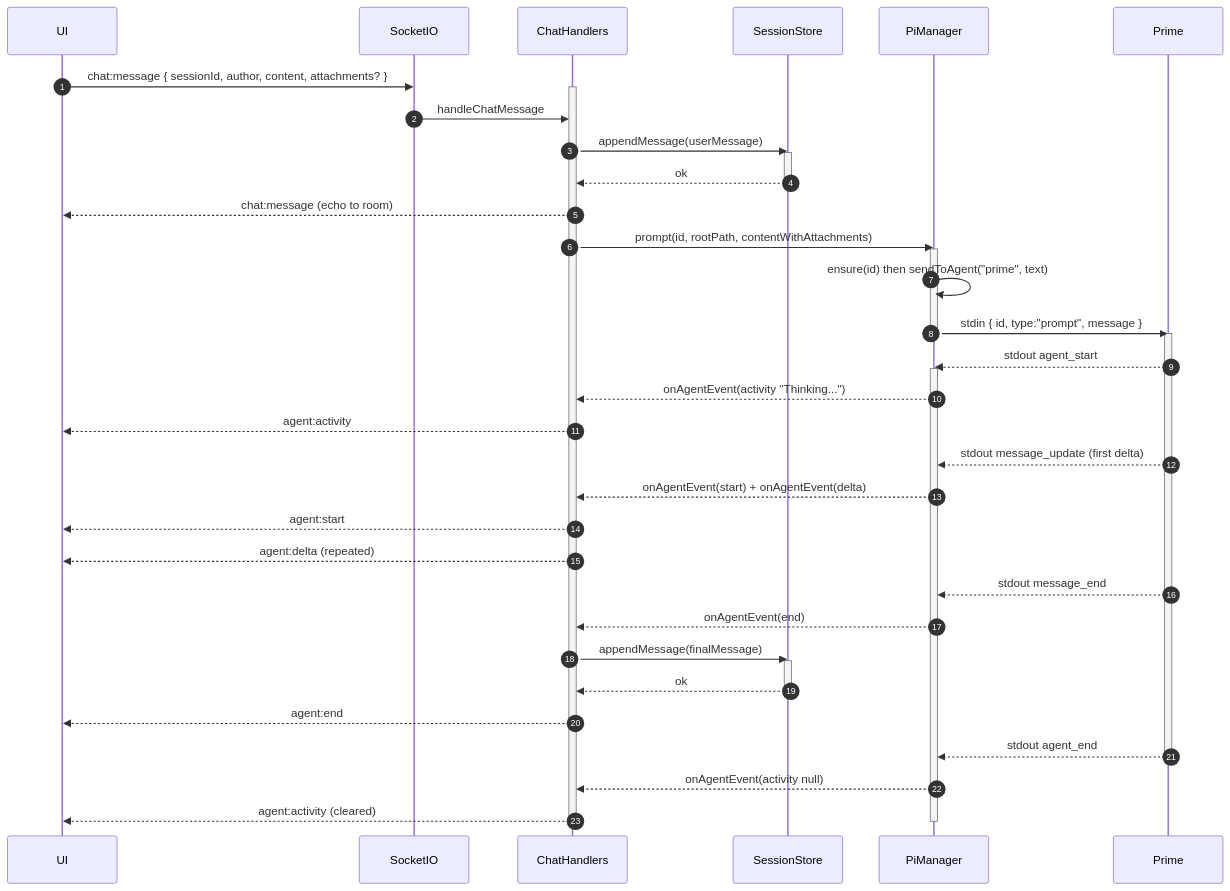
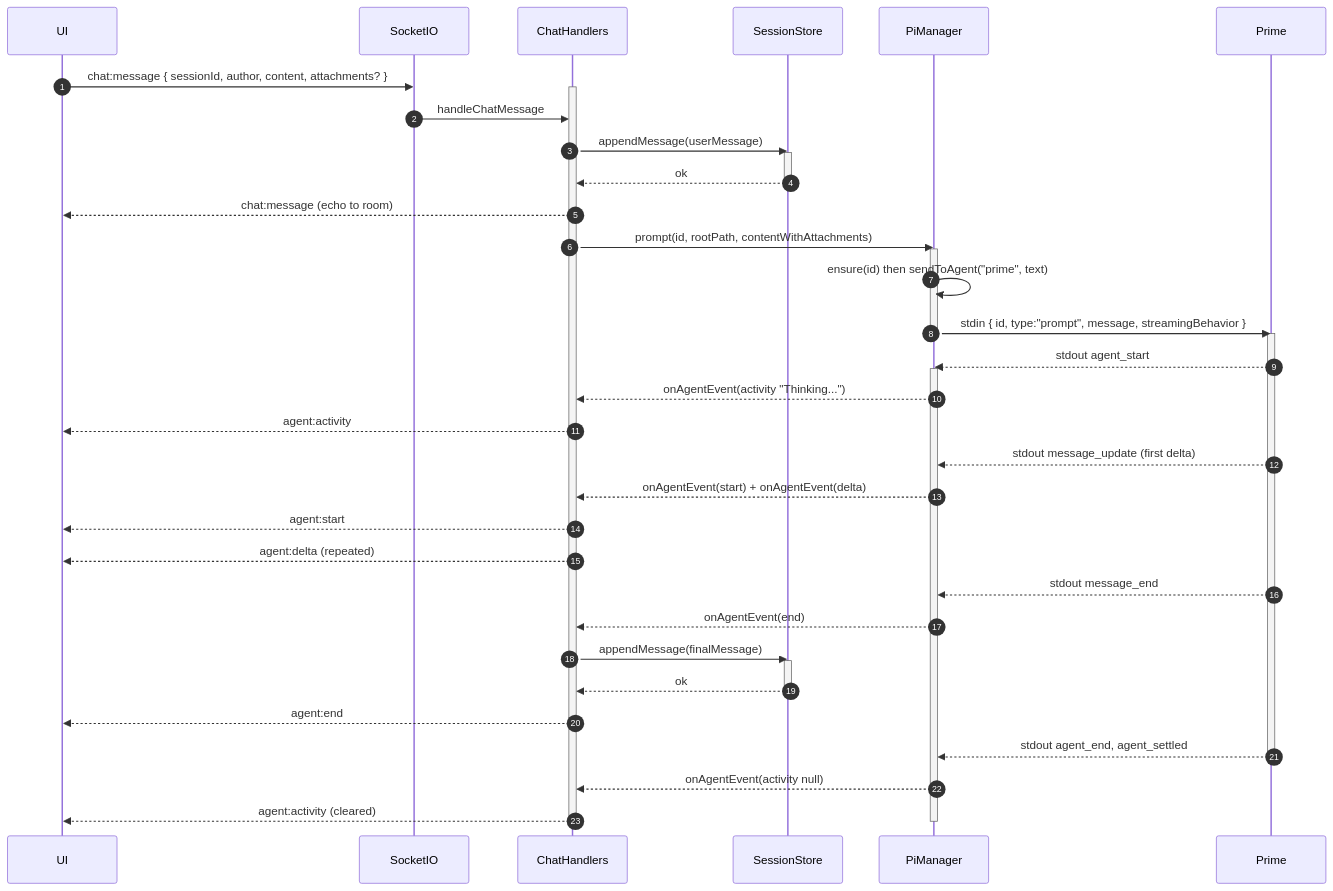
One commit to TangleML/tangent-shell changed the second of 5 diagrams in docs/server/ui-server-protocol.md. Above: the diagram before and after it, drawn with Mermaid. The commit also changed other lines of this file and 9 other files, not shown here.

````diff
--- a/docs/server/ui-server-protocol.md
+++ b/docs/server/ui-server-protocol.md
@@ -214,46 +214,46 @@
 ```mermaid
 sequenceDiagram
   autonumber
   participant UI
   participant Socket as SocketIO
   participant Handlers as ChatHandlers
   participant Store as SessionStore
   participant PiManager
   participant Prime
 
   UI->>Socket: chat:message { sessionId, author, content, attachments? }
   activate Handlers
   Socket->>Handlers: handleChatMessage
   Handlers->>Store: appendMessage(userMessage)
   activate Store
   Store-->>Handlers: ok
   deactivate Store
   Handlers-->>UI: chat:message (echo to room)
   Handlers->>PiManager: prompt(id, rootPath, contentWithAttachments)
   activate PiManager
   PiManager->>PiManager: ensure(id) then sendToAgent("prime", text)
-  PiManager->>Prime: stdin { id, type:"prompt", message }
+  PiManager->>Prime: stdin { id, type:"prompt", message, streamingBehavior }
   activate Prime
   deactivate PiManager
   Prime-->>PiManager: stdout agent_start
   activate PiManager
   PiManager-->>Handlers: onAgentEvent(activity "Thinking...")
   Handlers-->>UI: agent:activity
   Prime-->>PiManager: stdout message_update (first delta)
   PiManager-->>Handlers: onAgentEvent(start) + onAgentEvent(delta)
   Handlers-->>UI: agent:start
   Handlers-->>UI: agent:delta (repeated)
   Prime-->>PiManager: stdout message_end
   PiManager-->>Handlers: onAgentEvent(end)
   Handlers->>Store: appendMessage(finalMessage)
   activate Store
   Store-->>Handlers: ok
   deactivate Store
   Handlers-->>UI: agent:end
-  Prime-->>PiManager: stdout agent_end
+  Prime-->>PiManager: stdout agent_end, agent_settled
   deactivate Prime
   PiManager-->>Handlers: onAgentEvent(activity null)
   Handlers-->>UI: agent:activity (cleared)
   deactivate PiManager
   deactivate Handlers
 ```
````
